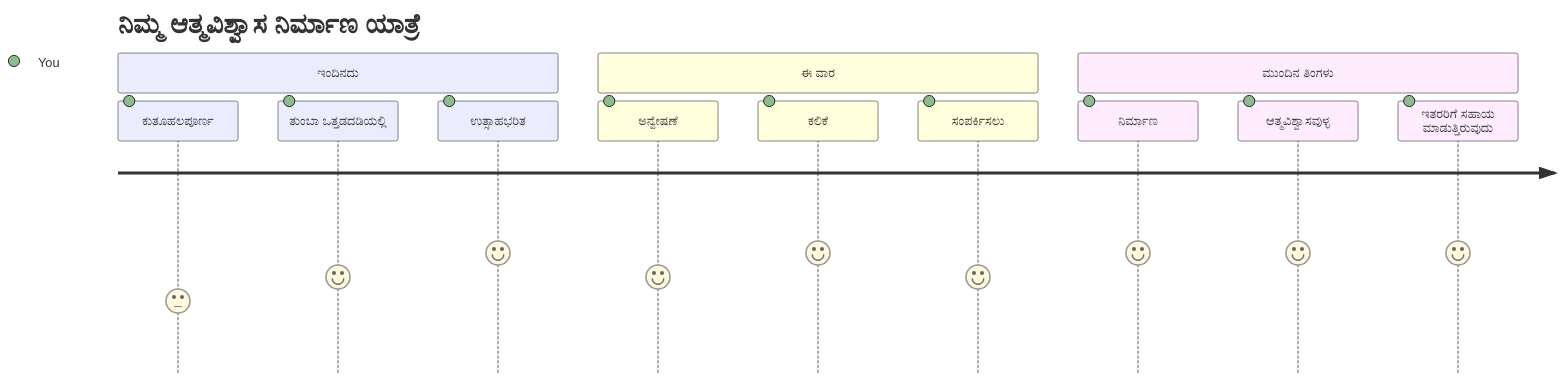
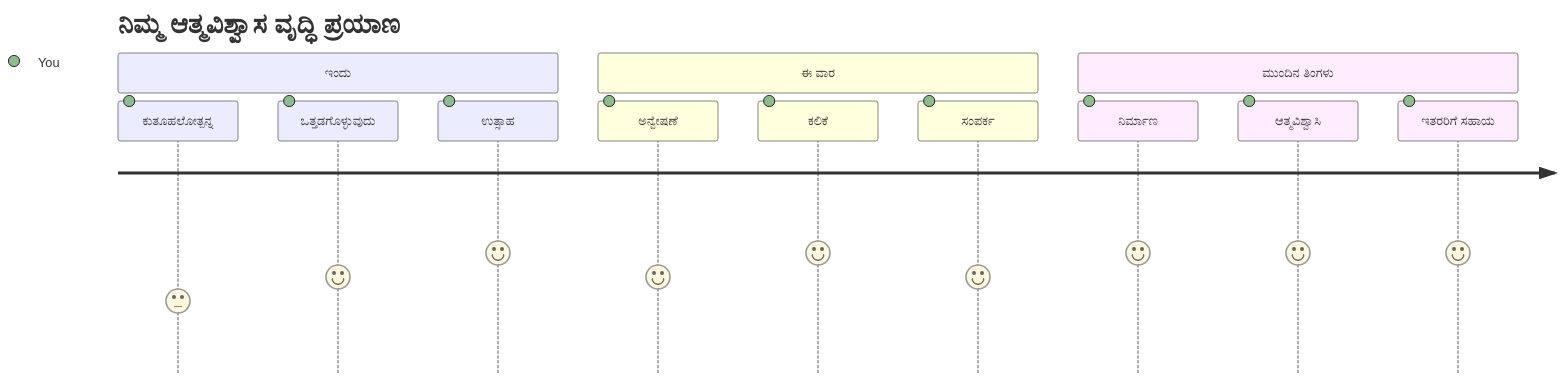
The seventh of 7 diagrams in translations/kn/1-getting-started-lessons/1-intro-to-programming-languages/README.md (microsoft/Web-Dev-For-Beginners), drawn with Mermaid before and after one commit. The commit also changed other lines of this file and 13 other files, not shown here.

````diff
--- a/translations/kn/1-getting-started-lessons/1-intro-to-programming-languages/README.md
+++ b/translations/kn/1-getting-started-lessons/1-intro-to-programming-languages/README.md
@@ -829,16 +829,16 @@
 ```mermaid
 journey
-    title ನಿಮ್ಮ ಆತ್ಮವಿಶ್ವಾಸ ನಿರ್ಮಾಣ ಯಾತ್ರೆ
-    section ಇಂದಿನದು
-      ಕುತೂಹಲಪೂರ್ಣ: 3: You
-      ತುಂಬಾ ಒತ್ತಡದಡಿಯಲ್ಲಿ: 4: You
-      ಉತ್ಸಾಹಭರಿತ: 5: You
+    title ನಿಮ್ಮ ಆತ್ಮವಿಶ್ವಾಸ ವೃದ್ಧಿ ಪ್ರಯಾಣ
+    section ಇಂದು
+      ಕುತೂಹಲೋತ್ಪನ್ನ: 3: You
+      ಒತ್ತಡಗೊಳ್ಳುವುದು: 4: You
+      ಉತ್ಸಾಹ: 5: You
     section ಈ ವಾರ
       ಅನ್ವೇಷಣೆ: 4: You
       ಕಲಿಕೆ: 5: You
-      ಸಂಪರ್ಕಿಸಲು: 4: You
+      ಸಂಪರ್ಕ: 4: You
     section ಮುಂದಿನ ತಿಂಗಳು
       ನಿರ್ಮಾಣ: 5: You
-      ಆತ್ಮವಿಶ್ವಾಸವುಳ್ಳ: 5: You
-      ಇತರರಿಗೆ ಸಹಾಯ ಮಾಡುತ್ತಿರುವುದು: 5: You
+      ಆತ್ಮವಿಶ್ವಾಸಿ: 5: You
+      ಇತರರಿಗೆ ಸಹಾಯ: 5: You
 ```
````
